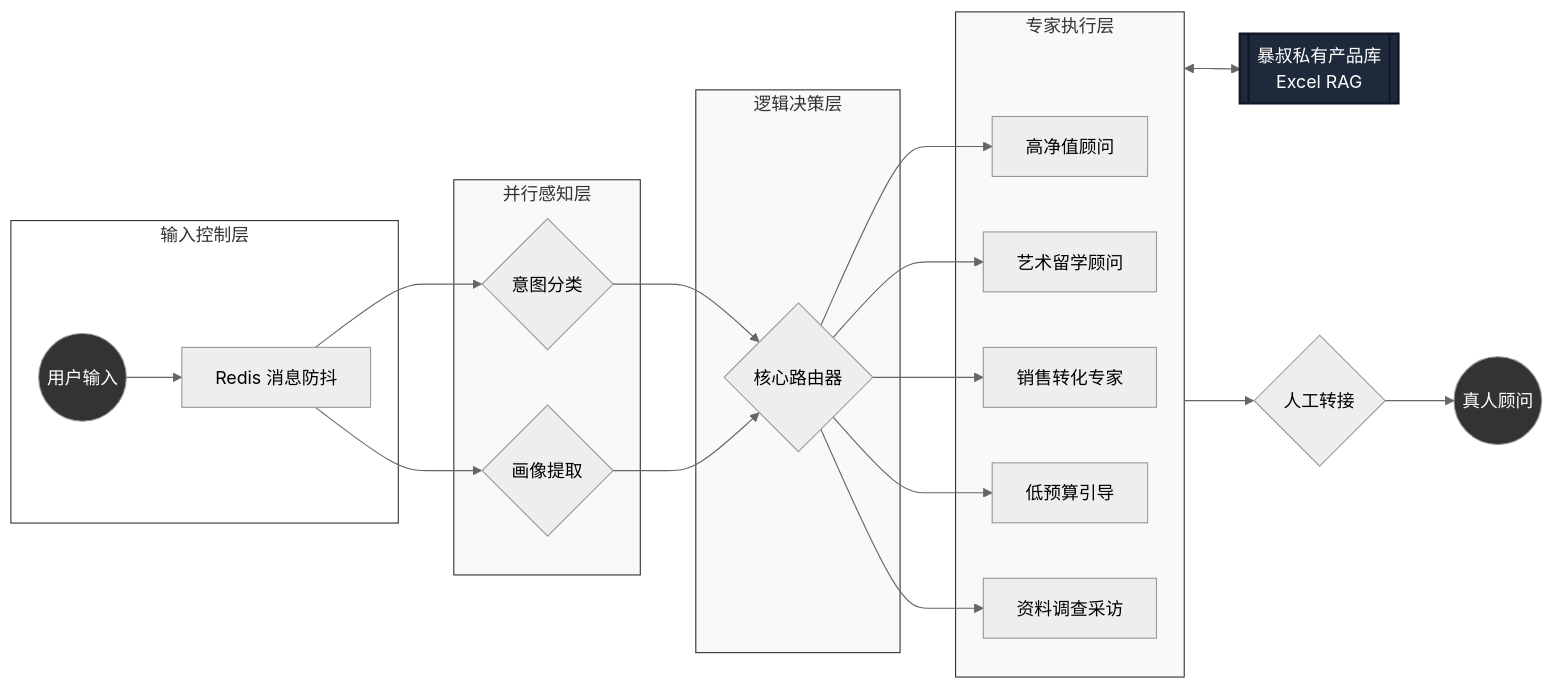
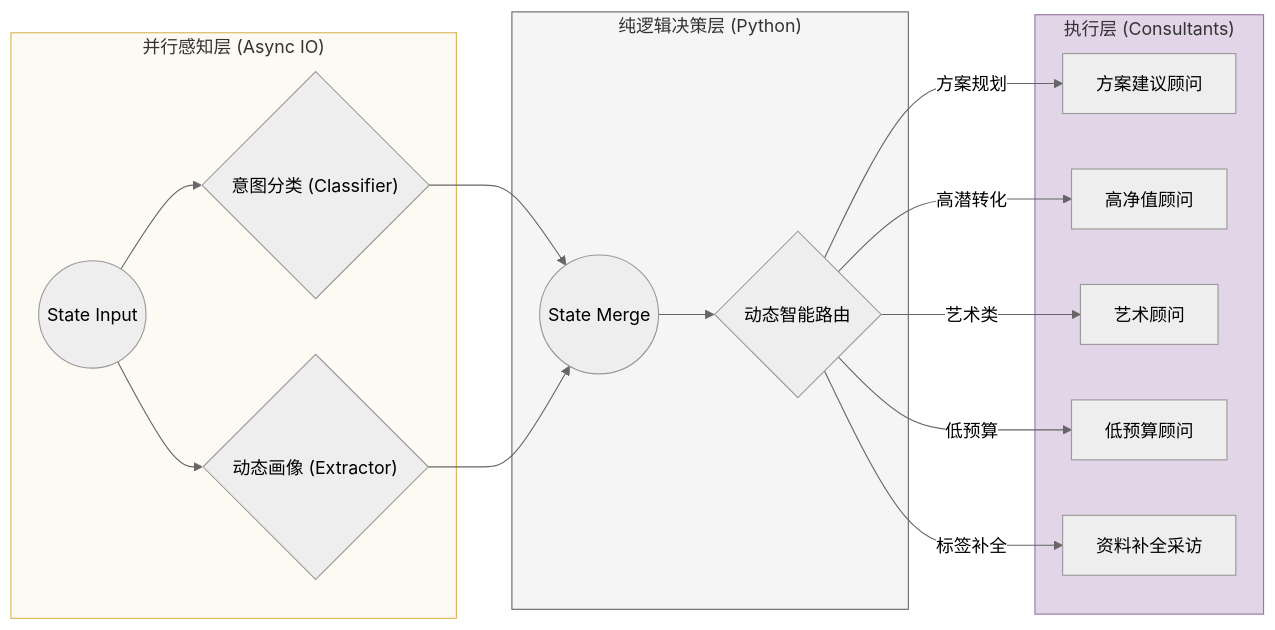
Before and after one commit to JackybigW/baoshu_ai: the second of 2 diagrams in README.md, drawn with Mermaid (neutral theme). The commit also changed other lines of this file and 1 other file, not shown here.

````diff
--- a/README.md
+++ b/README.md
@@ -15,40 +57,28 @@
 ```mermaid
 graph LR
-    %% 层级定义
-    subgraph Input [输入控制层]
-        User((用户输入)) --> Buffer[Redis 消息防抖]
+    %% 感知层
+    subgraph Perception ["并行感知层 (Async IO)"]
+        Entry(("State Input")) --> Classifier{"意图分类 (Classifier)"}
+        Entry --> Extractor{"动态画像 (Extractor)"}
     end
 
-    subgraph Perception [并行感知层]
-        Buffer --> Classifier{意图分类}
-        Buffer --> Extractor{画像提取}
+    %% 决策层
+    subgraph Decision ["纯逻辑决策层 (Python)"]
+        Classifier & Extractor --> WaitNode(("State Merge"))
+        WaitNode --> Router{动态智能路由}
     end
 
-    subgraph Decision [逻辑决策层]
-        Classifier & Extractor --> Router{核心路由器}
+    %% 执行层
+    subgraph Execution ["执行层 (Consultants)"]
+        Router -->|方案规划| Consultant[方案建议顾问]
+        Router -->|高潜转化| HighValue[高净值顾问]
+        Router -->|艺术类| Art[艺术顾问]
+        Router -->|低预算| LowBudget[低预算顾问]
+        Router -->|标签补全| Interviewer[资料补全采访]
     end
 
-    subgraph Execution [专家执行层]
-        Router --> HV[高净值顾问]
-        Router --> ART[艺术留学顾问]
-        Router --> CS[销售转化专家]
-        Router --> LB[低预算引导]
-        Router --> IV[资料调查采访]
-    end
-
-    %% 核心组件连接
-    Execution <--> RAG[[暴叔私有产品库<br/>Excel RAG]]
-    Execution --> Handoff{人工转接}
-    Handoff --> Human((真人顾问))
-
-    %% 极简极客风样式
-    style Input fill:#ffffff,stroke:#333,stroke-width:1px
-    style Perception fill:#f8f9fa,stroke:#333,stroke-width:1px
-    style Decision fill:#f8f9fa,stroke:#333,stroke-width:1px
-    style Execution fill:#f8f9fa,stroke:#333,stroke-width:1px
-    
-    %% 核心资产强调
-    style RAG fill:#1e293b,color:#fff,stroke:#0f172a,stroke-width:2px
-    style User fill:#333,color:#fff
-    style Human fill:#333,color:#fff
+    %% Style
+    style Perception fill:#fcfaf2,stroke:#d6b656,stroke-width:1px
+    style Decision fill:#f5f5f5,stroke:#666,stroke-width:1px
+    style Execution fill:#e1d5e7,stroke:#9673a6,stroke-width:1px
 ```
````
